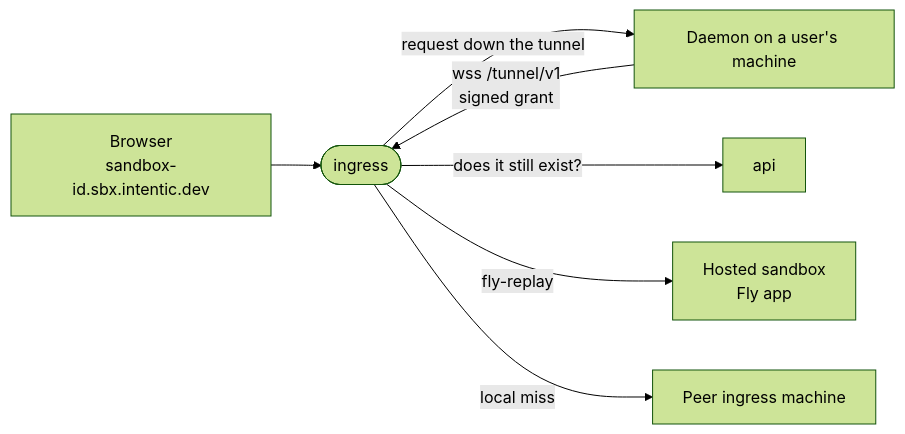
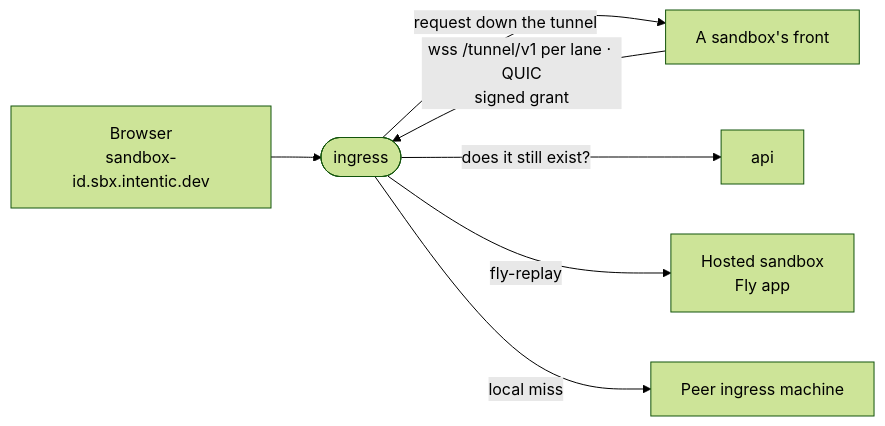
One commit to intentic/intentic changed the diagram in _platform/ingress/README.md. Above: the diagram before and after it, drawn with Mermaid (forest theme). The commit also changed other lines of this file and 313 other files, not shown here.

First line of the commit message:
feat(sandbox): wire terminalChannel over WebTransport tunnel-lanes through Rust ingress

````diff
--- a/_platform/ingress/README.md
+++ b/_platform/ingress/README.md
@@ -5,9 +5,9 @@
 ```mermaid
 flowchart LR
     browser["Browser<br/>sandbox-id.sbx.intentic.dev"] --> ingress(["ingress"])
-    daemon["Daemon on a user's machine"] -- "wss /tunnel/v1<br/>signed grant" --> ingress
-    ingress -- "request down the tunnel" --> daemon
+    front["A sandbox's front"] -- "wss /tunnel/v1 per lane · QUIC<br/>signed grant" --> ingress
+    ingress -- "request down the tunnel" --> front
     ingress -- "does it still exist?" --> api["api"]
     ingress -- "fly-replay" --> hosted["Hosted sandbox<br/>Fly app"]
     ingress -- "local miss" --> peer["Peer ingress machine"]
 ```
````
